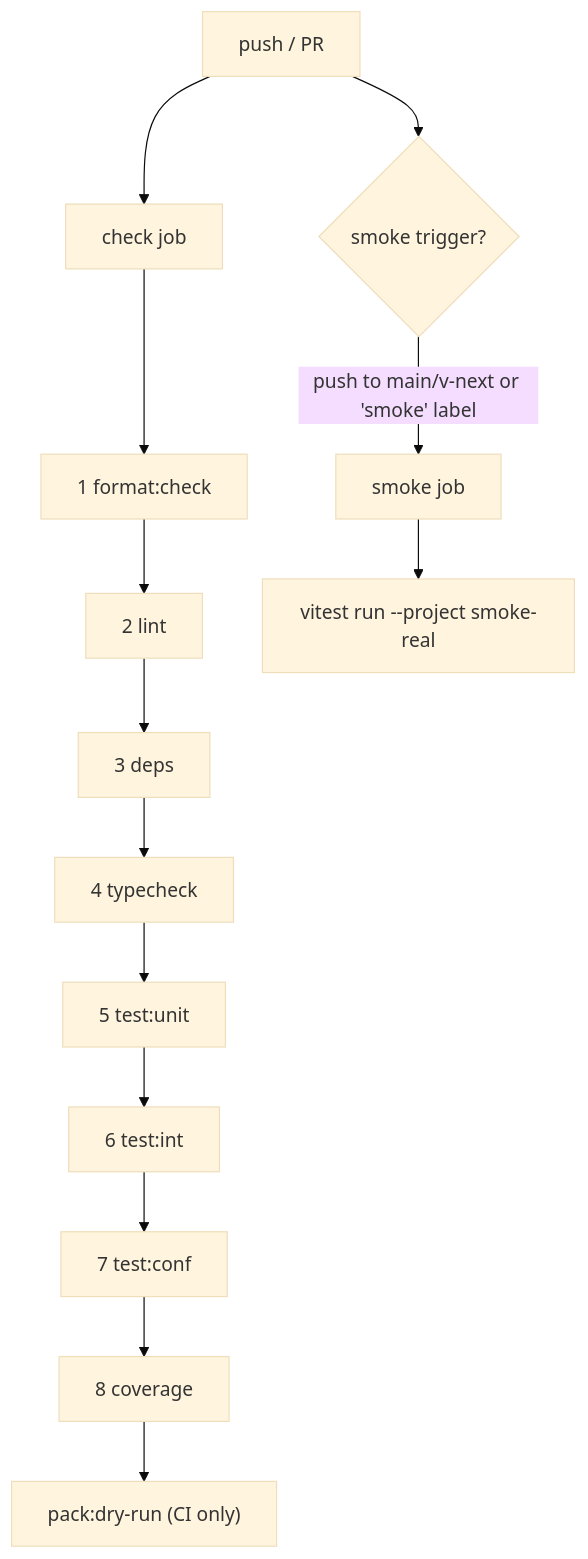
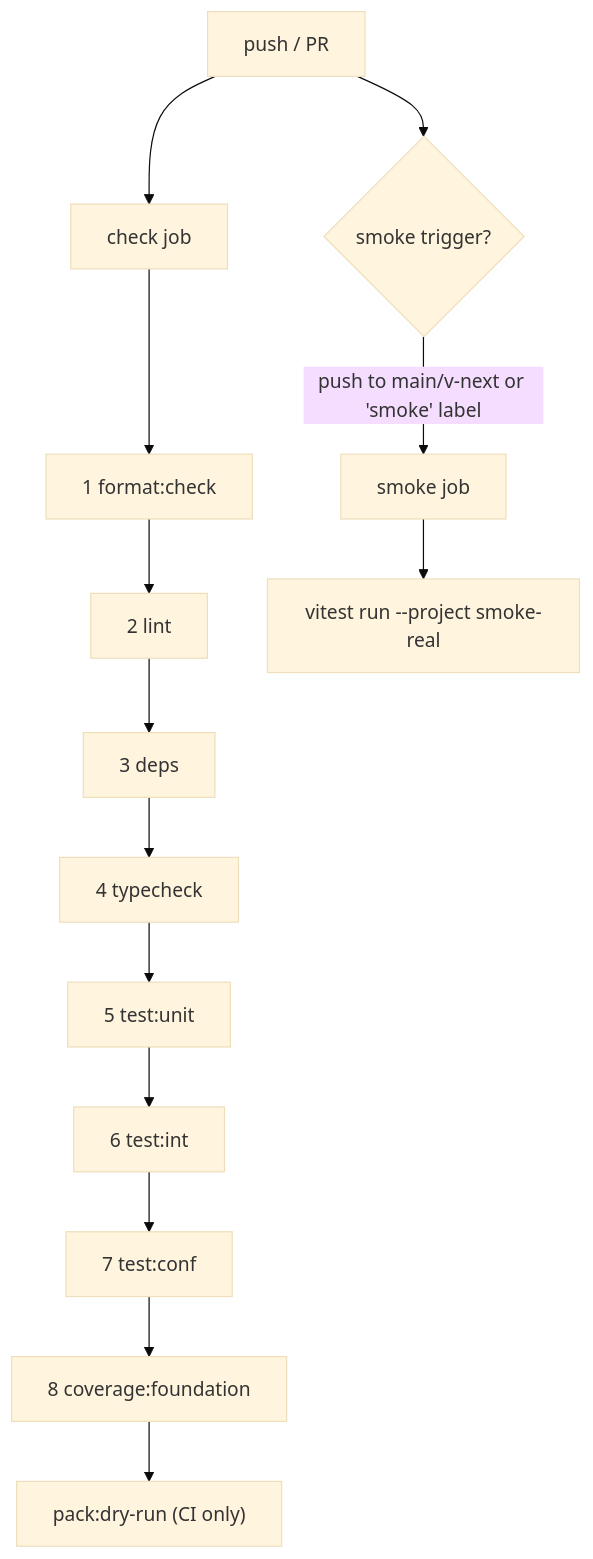
The diagram in docs/engineering/check-gate.md (aryeko/agentic-workflow-kit), drawn with Mermaid (base theme) before and after one commit. The commit also changed other lines of this file and 4 other files, not shown here.

````diff
--- a/docs/engineering/check-gate.md
+++ b/docs/engineering/check-gate.md
@@ -38,17 +38,17 @@
 ```mermaid
 flowchart TD
     A[push / PR] --> B[check job]
     B --> B1["1 format:check"]
     B1 --> B2["2 lint"]
     B2 --> B3["3 deps"]
     B3 --> B4["4 typecheck"]
     B4 --> B5["5 test:unit"]
     B5 --> B6["6 test:int"]
     B6 --> B7["7 test:conf"]
-    B7 --> B8["8 coverage"]
+    B7 --> B8["8 coverage:foundation"]
     B8 --> B9["pack:dry-run (CI only)"]
 
     A --> C{smoke trigger?}
     C -->|push to main/v-next or 'smoke' label| D[smoke job]
     D --> D1["vitest run --project smoke-real"]
 ```
````
